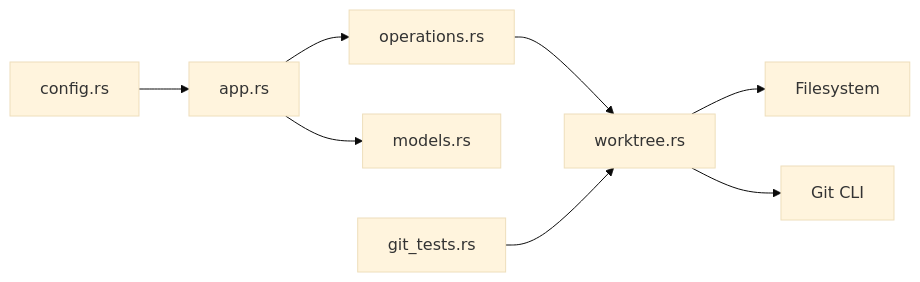
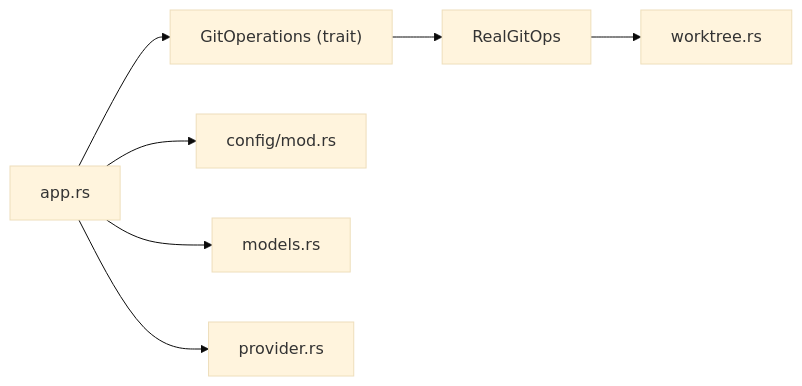
One commit to bramburn/agtx changed the tenth of 10 diagrams in .qoder/repowiki/en/content/Git Integration/Worktree Management.md. Above: the diagram before and after it, drawn with Mermaid (base theme). The commit also changed other lines of this file and 140 other files, not shown here.

````diff
--- a/.qoder/repowiki/en/content/Git Integration/Worktree Management.md
+++ b/.qoder/repowiki/en/content/Git Integration/Worktree Management.md
@@ -331,10 +396,9 @@
 ```mermaid
 graph LR
-CFG["config.rs"] --> TUI["app.rs"]
-TUI --> OPS["operations.rs"]
-OPS --> WT["worktree.rs"]
-WT --> FS["Filesystem"]
-WT --> GIT["Git CLI"]
+TUI["app.rs"] --> TRAIT["GitOperations (trait)"]
+TRAIT --> IMPL["RealGitOps"]
+IMPL --> WT["worktree.rs"]
+TUI --> CFG["config/mod.rs"]
 TUI --> DB["models.rs"]
-TESTS["git_tests.rs"] --> WT
+TUI --> PRV["provider.rs"]
 ```
````
